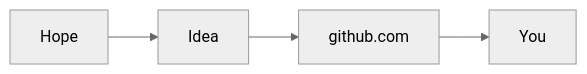
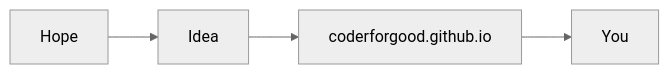
The diagram in about.md (CoderForGood/coderforgood.github.io), drawn with Mermaid (neutral theme) before and after one commit.

Commit message:
about.md

````diff
--- a/about.md
+++ b/about.md
@@ -11,7 +11,7 @@
 ```mermaid
 flowchart LR
 
 Hope --> Idea
-Idea --> github.com
-github.com --> You
+Idea --> coderforgood.github.io
+coderforgood.github.io --> You
 ```
````
